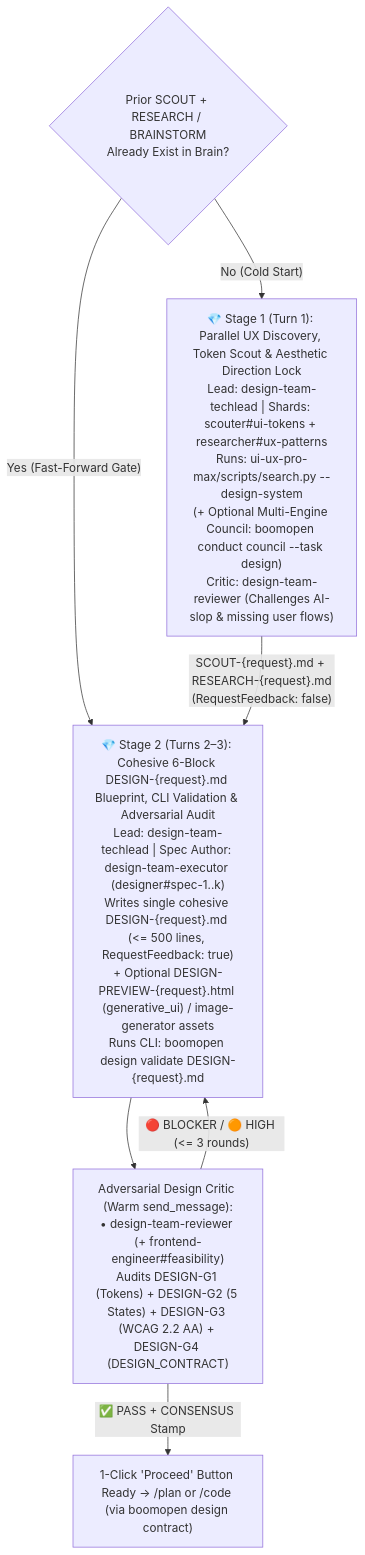
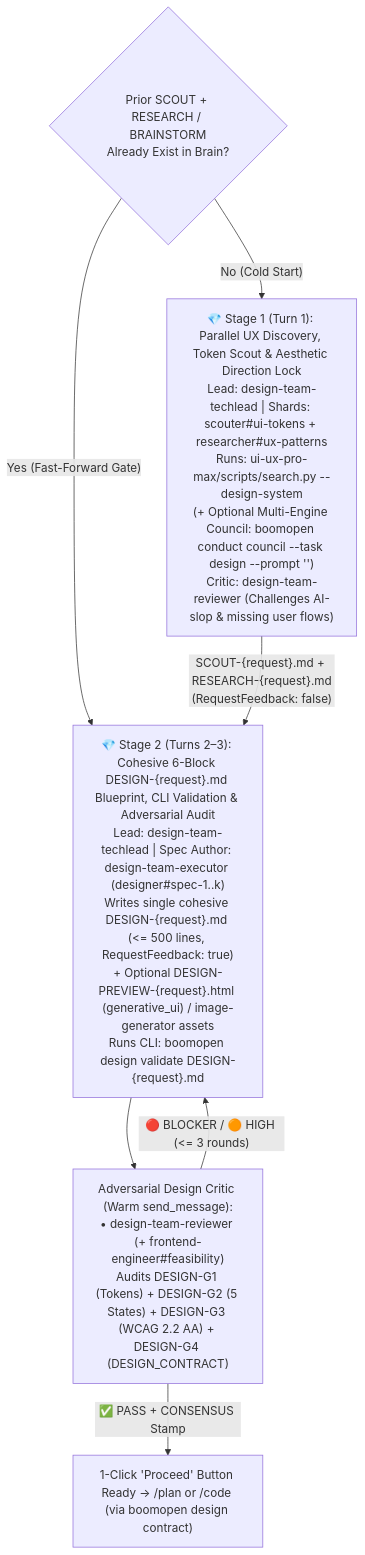
The diagram in agents/teams/design-team/_team.md (Kennyboom/BoomOpen-Workflow-Kit-Pro), drawn with Mermaid before and after one commit. The commit also changed other lines of this file and 302 other files, not shown here.

````diff
--- a/agents/teams/design-team/_team.md
+++ b/agents/teams/design-team/_team.md
@@ -39,10 +43,10 @@
 ```mermaid
 flowchart TD
     G0{"Prior SCOUT + RESEARCH / BRAINSTORM<br/>Already Exist in Brain?"}
     G0 -->|"Yes (Fast-Forward Gate)"| S2
-    G0 -->|"No (Cold Start)"| S1["💎 Stage 1 (Turn 1): Parallel UX Discovery, Token Scout & Aesthetic Direction Lock<br/>Lead: design-team-techlead | Shards: scouter#ui-tokens + researcher#ux-patterns<br/>Runs: ui-ux-pro-max/scripts/search.py --design-system<br/>(+ Optional Multi-Engine Council: boomopen conduct council --task design)<br/>Critic: design-team-reviewer (Challenges AI-slop & missing user flows)"]
+    G0 -->|"No (Cold Start)"| S1["💎 Stage 1 (Turn 1): Parallel UX Discovery, Token Scout & Aesthetic Direction Lock<br/>Lead: design-team-techlead | Shards: scouter#ui-tokens + researcher#ux-patterns<br/>Runs: ui-ux-pro-max/scripts/search.py --design-system<br/>(+ Optional Multi-Engine Council: boomopen conduct council --task design --prompt '<design-context>')<br/>Critic: design-team-reviewer (Challenges AI-slop & missing user flows)"]
     S1 -->|"SCOUT-{request}.md + RESEARCH-{request}.md<br/>(RequestFeedback: false)"| S2["💎 Stage 2 (Turns 2–3): Cohesive 6-Block DESIGN-{request}.md Blueprint, CLI Validation & Adversarial Audit<br/>Lead: design-team-techlead | Spec Author: design-team-executor (designer#spec-1..k)<br/>Writes single cohesive DESIGN-{request}.md (<= 500 lines, RequestFeedback: true)<br/>+ Optional DESIGN-PREVIEW-{request}.html (generative_ui) / image-generator assets<br/>Runs CLI: boomopen design validate DESIGN-{request}.md"]
     S2 --> C2["Adversarial Design Critic (Warm send_message):<br/>• design-team-reviewer (+ frontend-engineer#feasibility)<br/>Audits DESIGN-G1 (Tokens) + DESIGN-G2 (5 States) + DESIGN-G3 (WCAG 2.2 AA) + DESIGN-G4 (DESIGN_CONTRACT)"]
     C2 -->|"🔴 BLOCKER / 🟠 HIGH (<= 3 rounds)"| S2
     C2 -->|"✅ PASS + CONSENSUS Stamp"| OUT["1-Click 'Proceed' Button Ready -> /plan or /code (via boomopen design contract)"]
 ```
````
